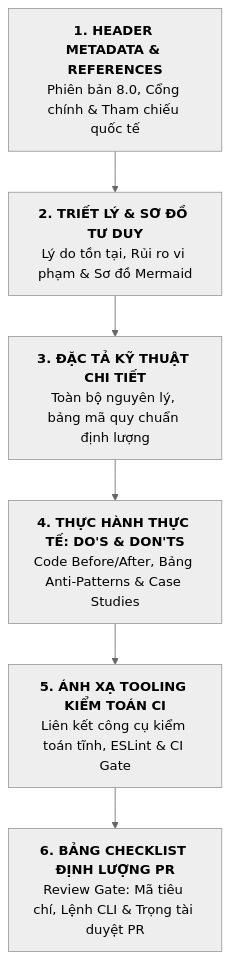
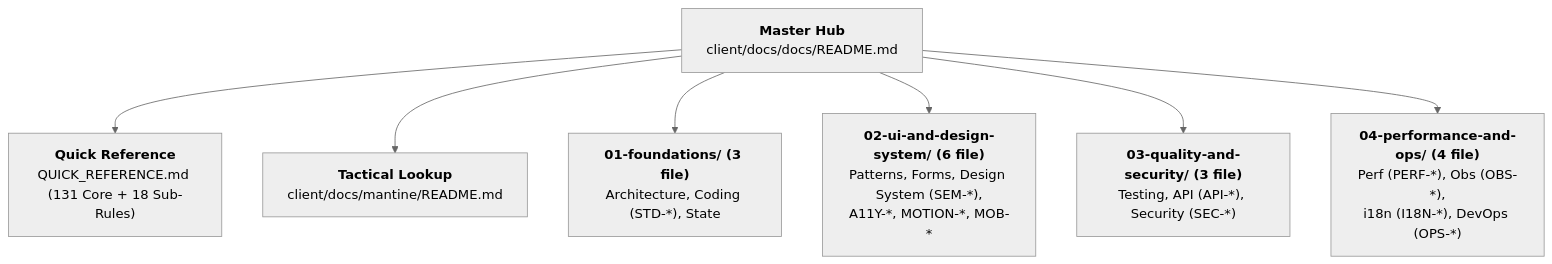
One commit to lethanhan01/interview-coach changed the second of 2 diagrams in client/docs/docs/README.md. Above: the diagram before and after it, drawn with Mermaid (neutral theme). The commit also changed other lines of this file and 39 other files, not shown here.

Commit message:
hoàn thành hệ thống tài liệu cơ bản

````diff
--- a/client/docs/docs/README.md
+++ b/client/docs/docs/README.md
@@ -165,12 +62,9 @@
 ```mermaid
 flowchart TD
-
-    P1["<b>1. HEADER METADATA & REFERENCES</b><br/>Phiên bản 8.0, Cổng chính & Tham chiếu quốc tế"]
-    P2["<b>2. TRIẾT LÝ & SƠ ĐỒ TƯ DUY</b><br/>Lý do tồn tại, Rủi ro vi phạm & Sơ đồ Mermaid"]
-    P3["<b>3. ĐẶC TẢ KỸ THUẬT CHI TIẾT</b><br/>Toàn bộ nguyên lý, bảng mã quy chuẩn định lượng"]
-    P4["<b>4. THỰC HÀNH THỰC TẾ: DO'S & DON'TS</b><br/>Code Before/After, Bảng Anti-Patterns & Case Studies"]
-    P5["<b>5. ÁNH XẠ TOOLING KIỂM TOÁN CI</b><br/>Liên kết công cụ kiểm toán tĩnh, ESLint & CI Gate"]
-    P6["<b>6. BẢNG CHECKLIST ĐỊNH LƯỢNG PR</b><br/>Review Gate: Mã tiêu chí, Lệnh CLI & Trọng tài duyệt PR"]
-
-    P1 --> P2 --> P3 --> P4 --> P5 --> P6
+    HUB["<b>Master Hub</b><br/>client/docs/docs/README.md"] --> QR["<b>Quick Reference</b><br/>QUICK_REFERENCE.md (131 Core + 18 Sub-Rules)"]
+    HUB --> MAN["<b>Tactical Lookup</b><br/>client/docs/mantine/README.md"]
+    HUB --> D1["<b>01-foundations/ (3 file)</b><br/>Architecture, Coding (STD-*), State"]
+    HUB --> D2["<b>02-ui-and-design-system/ (6 file)</b><br/>Patterns, Forms, Design System (SEM-*),<br/>A11Y-*, MOTION-*, MOB-*"]
+    HUB --> D3["<b>03-quality-and-security/ (3 file)</b><br/>Testing, API (API-*), Security (SEC-*)"]
+    HUB --> D4["<b>04-performance-and-ops/ (4 file)</b><br/>Perf (PERF-*), Obs (OBS-*),<br/>i18n (I18N-*), DevOps (OPS-*)"]
 ```
````
